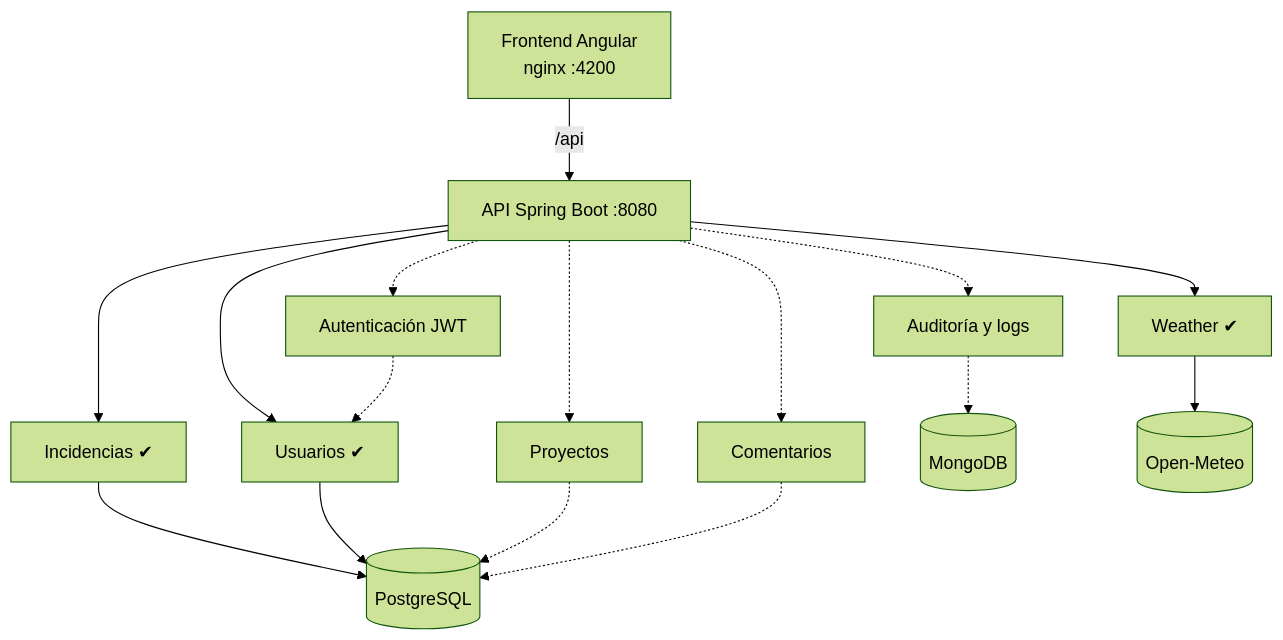
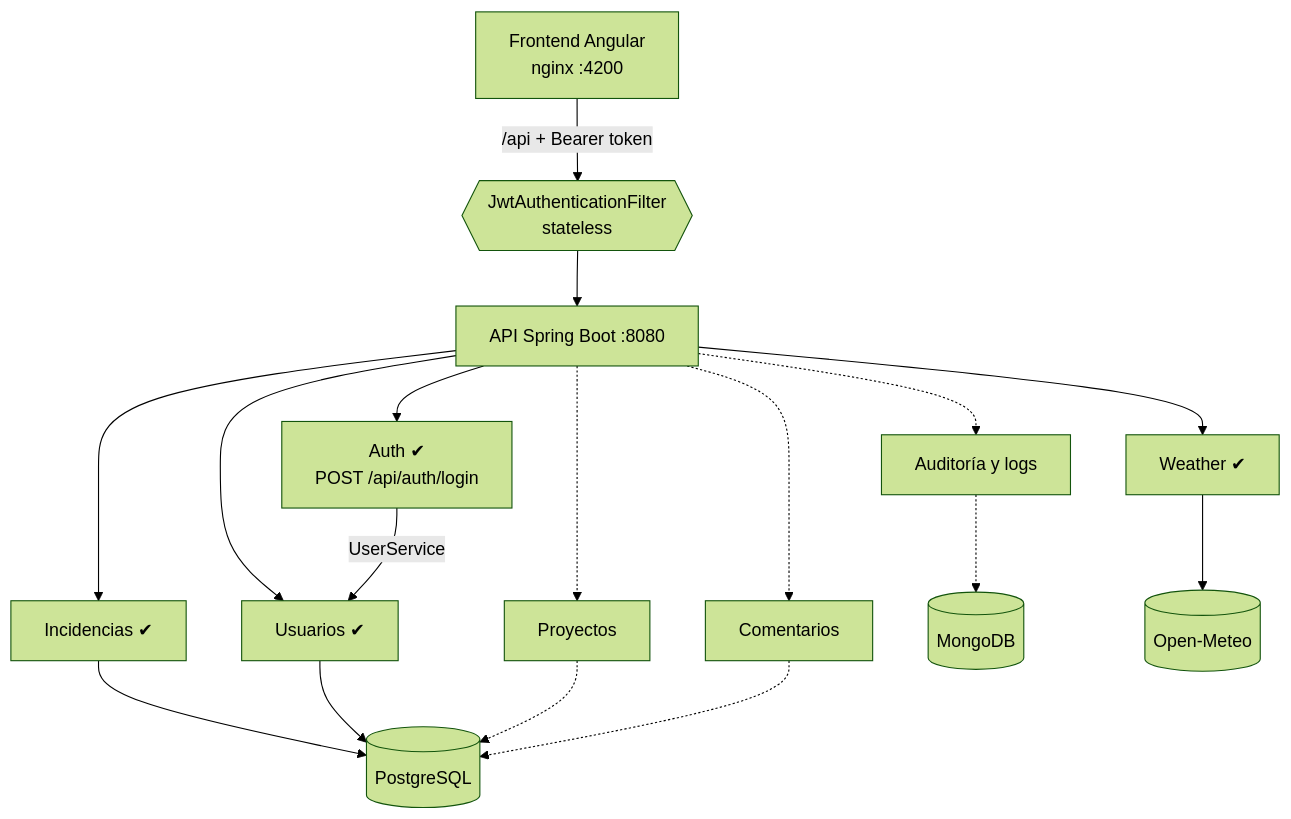
Before and after one commit to poravv/mini-jira: the first of 3 diagrams in docs/ARCHITECTURE.md, drawn with Mermaid (forest theme). The commit also changed other lines of this file and 3 other files, not shown here.

````diff
--- a/docs/ARCHITECTURE.md
+++ b/docs/ARCHITECTURE.md
@@ -7,18 +7,19 @@
 ```mermaid
 flowchart TD
-    FE[Frontend Angular<br/>nginx :4200] -->|/api| API[API Spring Boot :8080]
+    FE[Frontend Angular<br/>nginx :4200] -->|/api + Bearer token| JWT{{JwtAuthenticationFilter<br/>stateless}}
+    JWT --> API[API Spring Boot :8080]
+    API --> AU_TH[Auth ✔<br/>POST /api/auth/login]
     API --> INC[Incidencias ✔]
+    API --> US[Usuarios ✔]
     API --> WE[Weather ✔]
-    API --> US[Usuarios ✔]
-    API -.-> AUTH[Autenticación JWT]
     API -.-> PR[Proyectos]
     API -.-> CO[Comentarios]
     API -.-> AU[Auditoría y logs]
+    AU_TH -->|UserService| US
     INC --> PG[(PostgreSQL)]
     US --> PG
-    AUTH -.-> US
     PR -.-> PG
     CO -.-> PG
     AU -.-> MG[(MongoDB)]
     WE --> OM[(Open-Meteo)]
 ```
````
